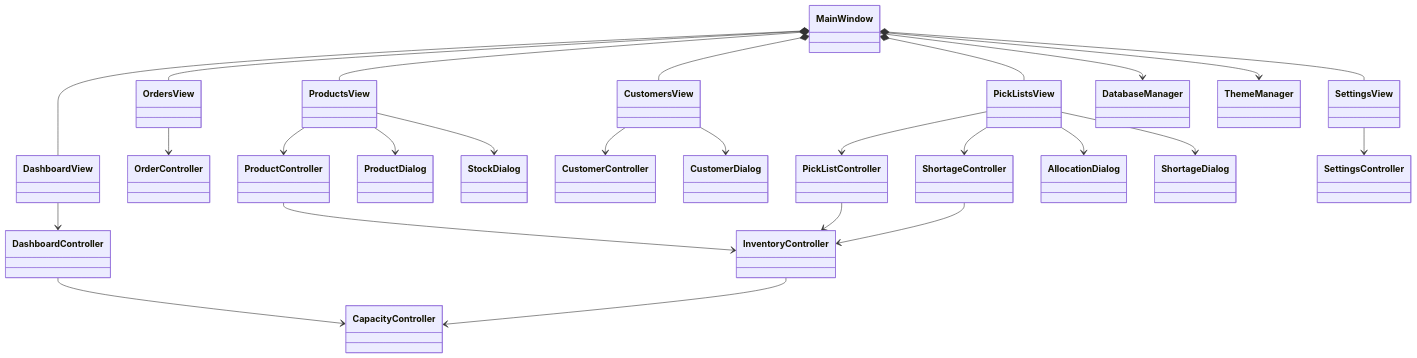
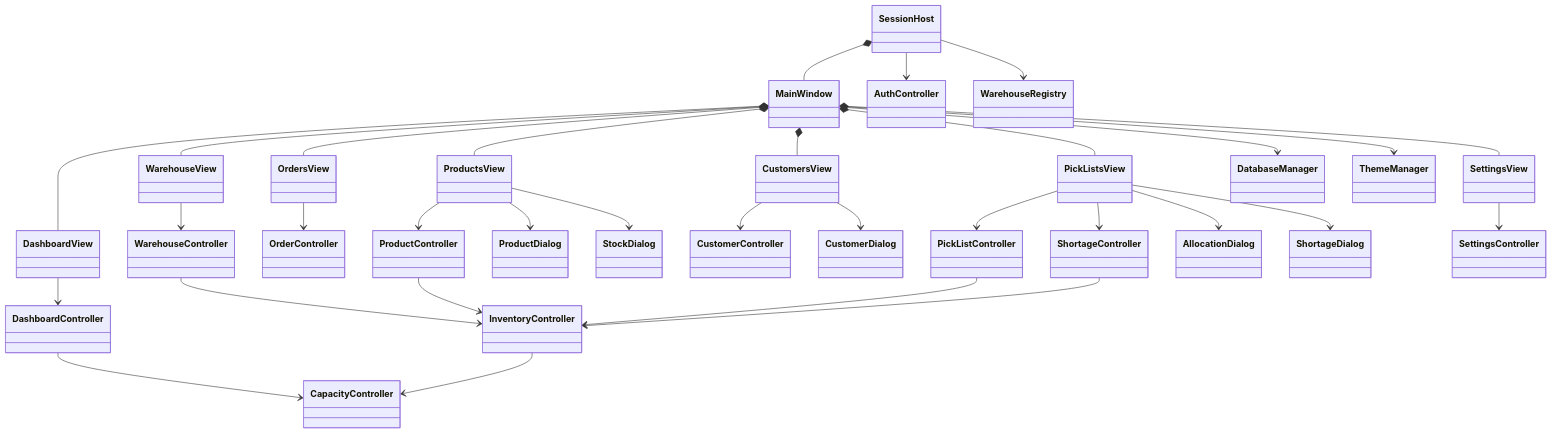
Before and after one commit to BKurantowicz/Engineering-thesis-project: the first of 2 diagrams in README.md, drawn with Mermaid. The commit also changed other lines of this file and 49 other files, not shown here.

````diff
--- a/README.md
+++ b/README.md
@@ -458,28 +518,34 @@
 ```mermaid
 classDiagram
+    SessionHost *-- MainWindow
+    SessionHost --> AuthController
+    SessionHost --> WarehouseRegistry
+    MainWindow *-- WarehouseView
+    WarehouseView --> WarehouseController
+    WarehouseController --> InventoryController
     MainWindow *-- DashboardView
     MainWindow *-- OrdersView
     MainWindow *-- ProductsView
     MainWindow *-- CustomersView
     MainWindow *-- PickListsView
     MainWindow *-- SettingsView
     DashboardView --> DashboardController
     DashboardController --> CapacityController
     OrdersView --> OrderController
     ProductsView --> ProductController
     ProductsView --> ProductDialog
     ProductsView --> StockDialog
     CustomersView --> CustomerController
     CustomersView --> CustomerDialog
     PickListsView --> PickListController
     PickListsView --> ShortageController
     PickListsView --> AllocationDialog
     PickListsView --> ShortageDialog
     SettingsView --> SettingsController
     ProductController --> InventoryController
     PickListController --> InventoryController
     ShortageController --> InventoryController
     InventoryController --> CapacityController
     MainWindow --> DatabaseManager
     MainWindow --> ThemeManager
 ```
````
